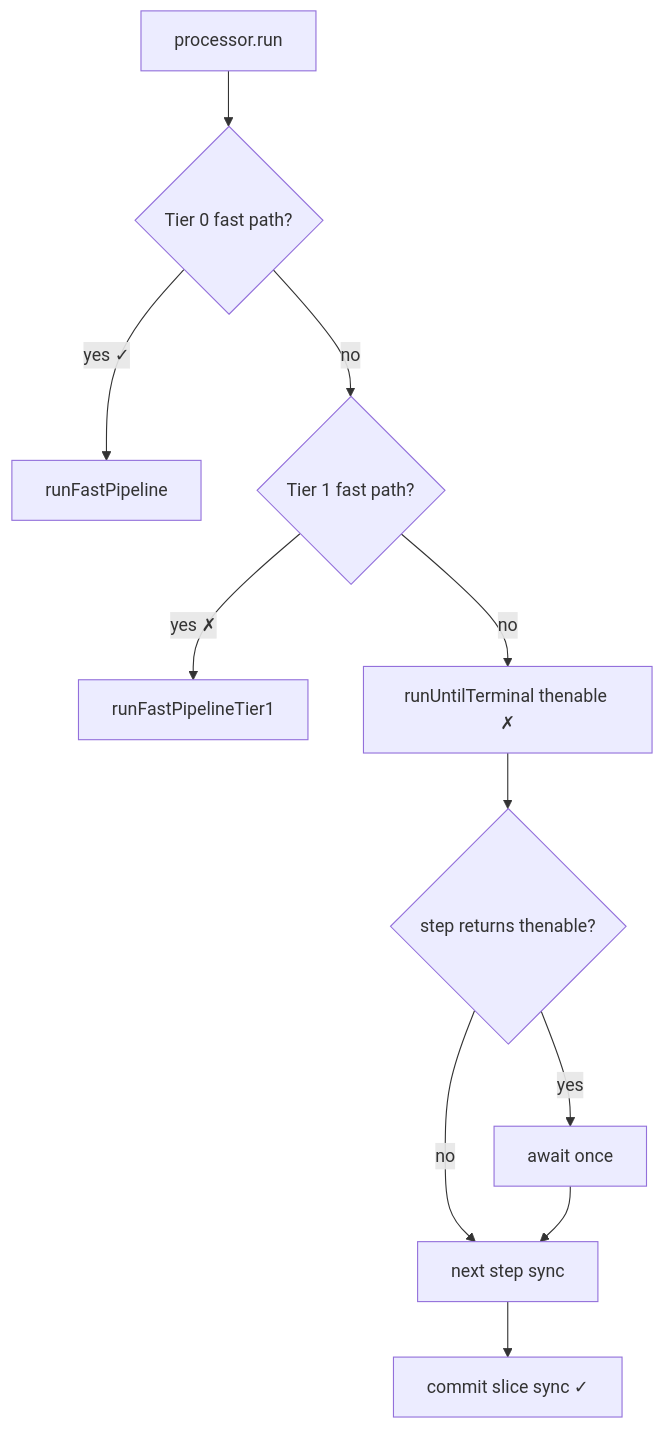
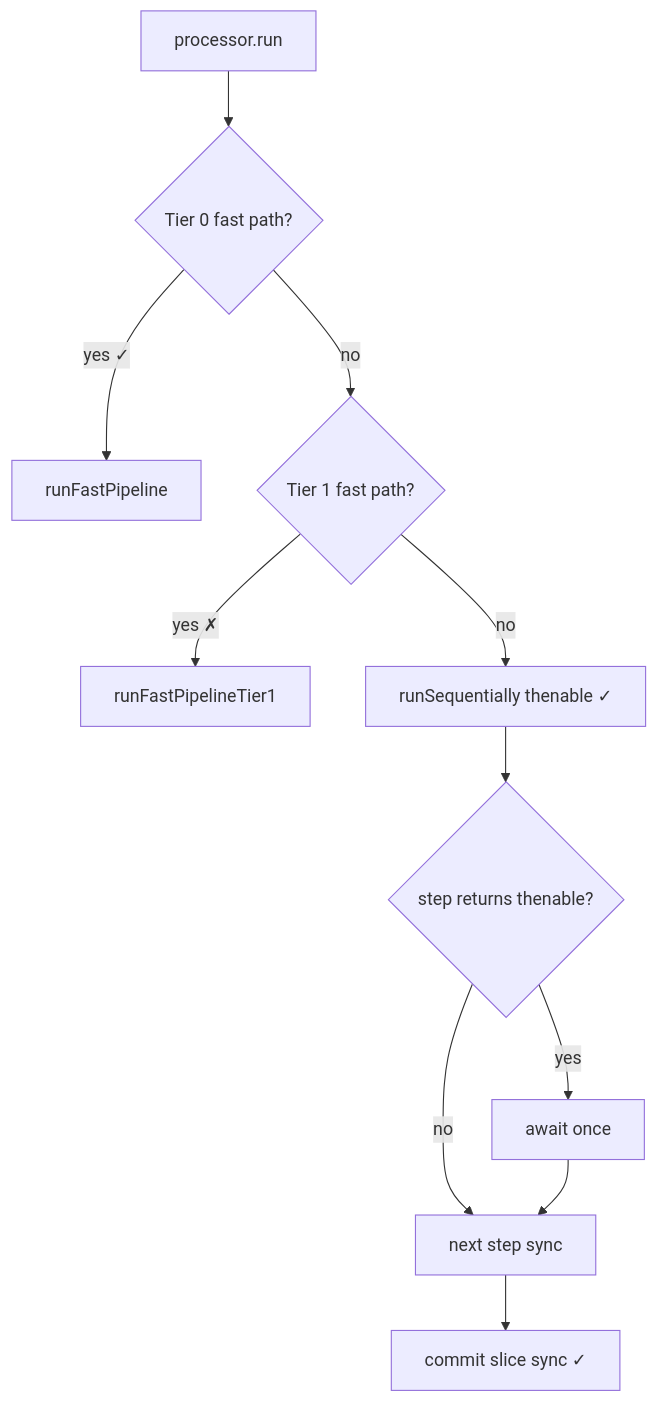
One commit to aura-ui/router changed the diagram in docs/todo/PIPELINE_STEP_RUNNER.md. Above: the diagram before and after it, drawn with Mermaid. The commit also changed other lines of this file and 4 other files, not shown here.

````diff
--- a/docs/todo/PIPELINE_STEP_RUNNER.md
+++ b/docs/todo/PIPELINE_STEP_RUNNER.md
@@ -276,13 +279,13 @@
 ```mermaid
 flowchart TD
   START[processor.run] --> FP0{Tier 0 fast path?}
   FP0 -->|yes ✓| FAST0[runFastPipeline]
   FP0 -->|no| FP1{Tier 1 fast path?}
   FP1 -->|yes ✗| FAST1[runFastPipelineTier1]
-  FP1 -->|no| FULL[runUntilTerminal thenable ✗]
+  FP1 -->|no| FULL[runSequentially thenable ✓]
   FULL --> SYNC{step returns thenable?}
   SYNC -->|no| NEXT[next step sync]
   SYNC -->|yes| AWAIT[await once]
   AWAIT --> NEXT
   NEXT --> COMMIT[commit slice sync ✓]
 ```
````
